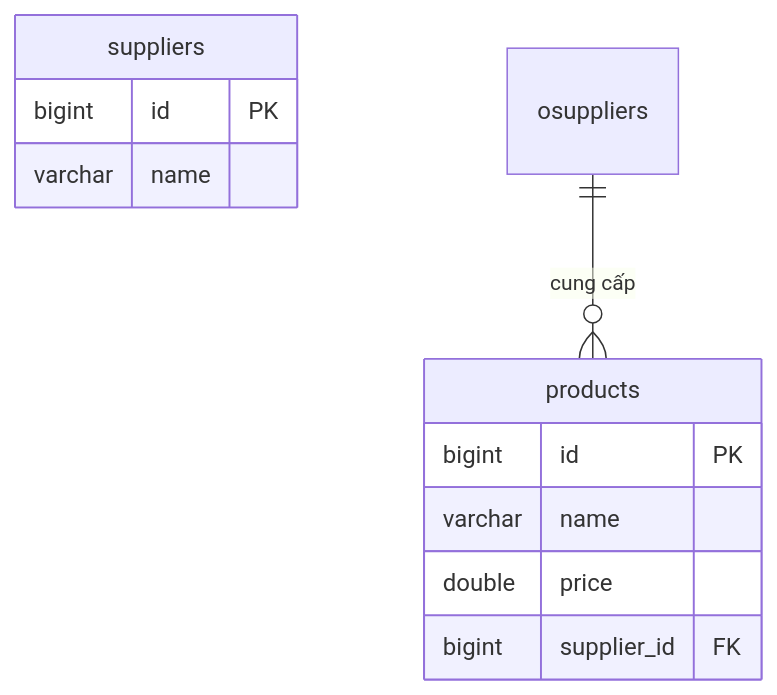
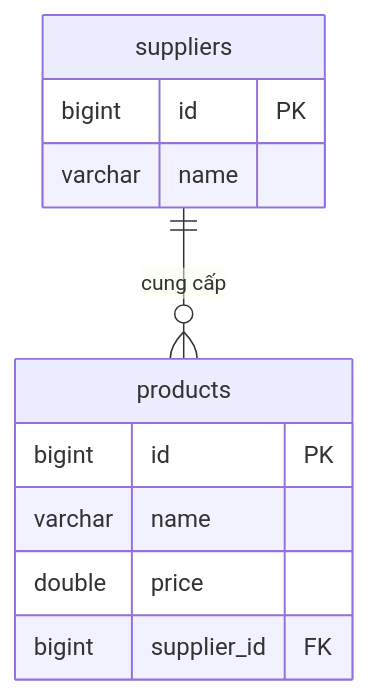
Before and after one commit to awesome-academy/-Naitei-Practice_SpringDataJpa: the diagram in README.md, drawn with Mermaid.

````diff
--- a/README.md
+++ b/README.md
@@ -14,15 +14,15 @@
 ```mermaid
 erDiagram
     products {
         bigint id PK
         varchar name
         double price
         bigint supplier_id FK
     }
     suppliers {
         bigint id PK
         varchar name
     }
-    osuppliers ||--o{ products : "cung cấp"
+    suppliers ||--o{ products : "cung cấp"
 
 ```
````
